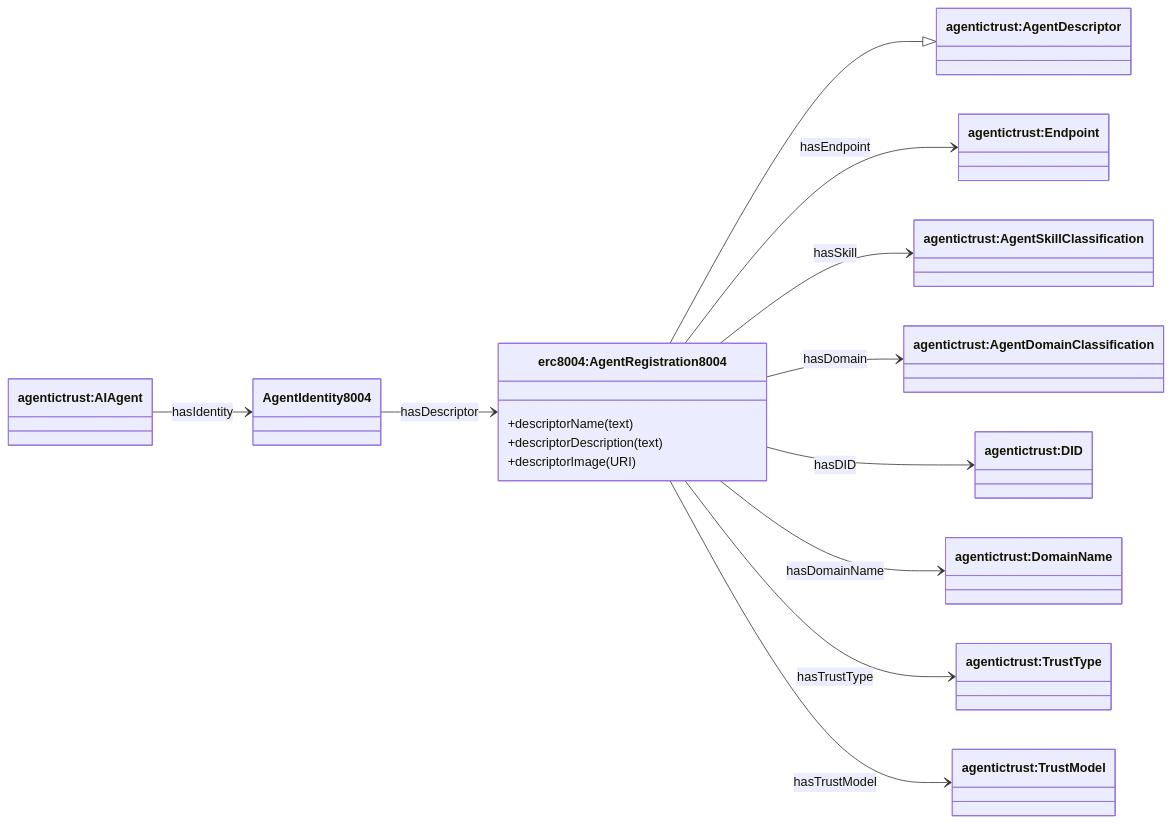
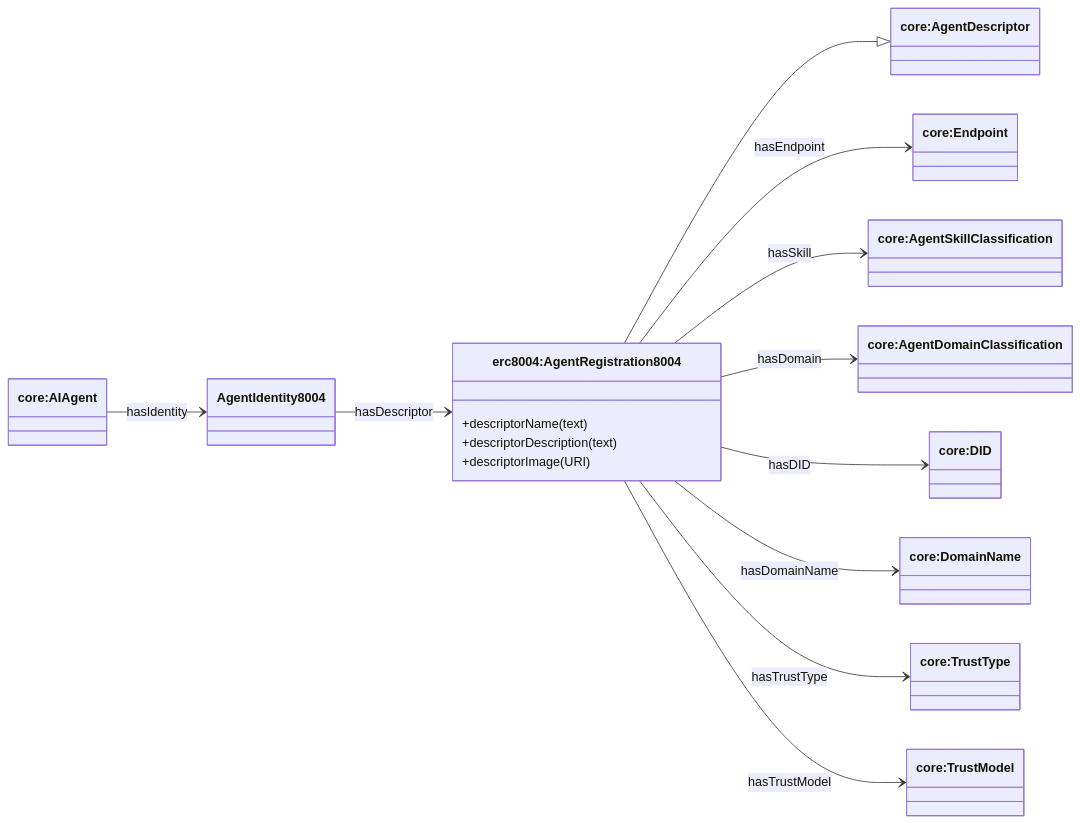
The first of 3 diagrams in docs/ontology/erc8004.md (Agentic-Trust-Layer/agent-explorer), drawn with Mermaid before and after one commit. The commit also changed other lines of this file and 49 other files, not shown here.

````diff
--- a/docs/ontology/erc8004.md
+++ b/docs/ontology/erc8004.md
@@ -33,30 +44,30 @@
 ```mermaid
 classDiagram
 direction LR
 
-class AIAgent["agentictrust:AIAgent"]
-class AgentDescriptor["agentictrust:AgentDescriptor"]
+class AIAgent["core:AIAgent"]
+class AgentDescriptor["core:AgentDescriptor"]
 class AgentRegistration8004["erc8004:AgentRegistration8004"]
-class Endpoint["agentictrust:Endpoint"]
-class AgentSkillClassification["agentictrust:AgentSkillClassification"]
-class AgentDomainClassification["agentictrust:AgentDomainClassification"]
-class DID["agentictrust:DID"]
-class DomainName["agentictrust:DomainName"]
-class TrustType["agentictrust:TrustType"]
-class TrustModel["agentictrust:TrustModel"]
+class Endpoint["core:Endpoint"]
+class AgentSkillClassification["core:AgentSkillClassification"]
+class AgentDomainClassification["core:AgentDomainClassification"]
+class DID["core:DID"]
+class DomainName["core:DomainName"]
+class TrustType["core:TrustType"]
+class TrustModel["core:TrustModel"]
 
 AgentRegistration8004 --|> AgentDescriptor
 
 AIAgent --> AgentIdentity8004 : hasIdentity
 AgentIdentity8004 --> AgentRegistration8004 : hasDescriptor
 AgentRegistration8004 --> Endpoint : hasEndpoint
 AgentRegistration8004 --> AgentSkillClassification : hasSkill
 AgentRegistration8004 --> AgentDomainClassification : hasDomain
 AgentRegistration8004 --> DID : hasDID
 AgentRegistration8004 --> DomainName : hasDomainName
 AgentRegistration8004 --> TrustType : hasTrustType
 AgentRegistration8004 --> TrustModel : hasTrustModel
 AgentRegistration8004 : +descriptorName (text)
 AgentRegistration8004 : +descriptorDescription (text)
 AgentRegistration8004 : +descriptorImage (URI)
 ```
````
